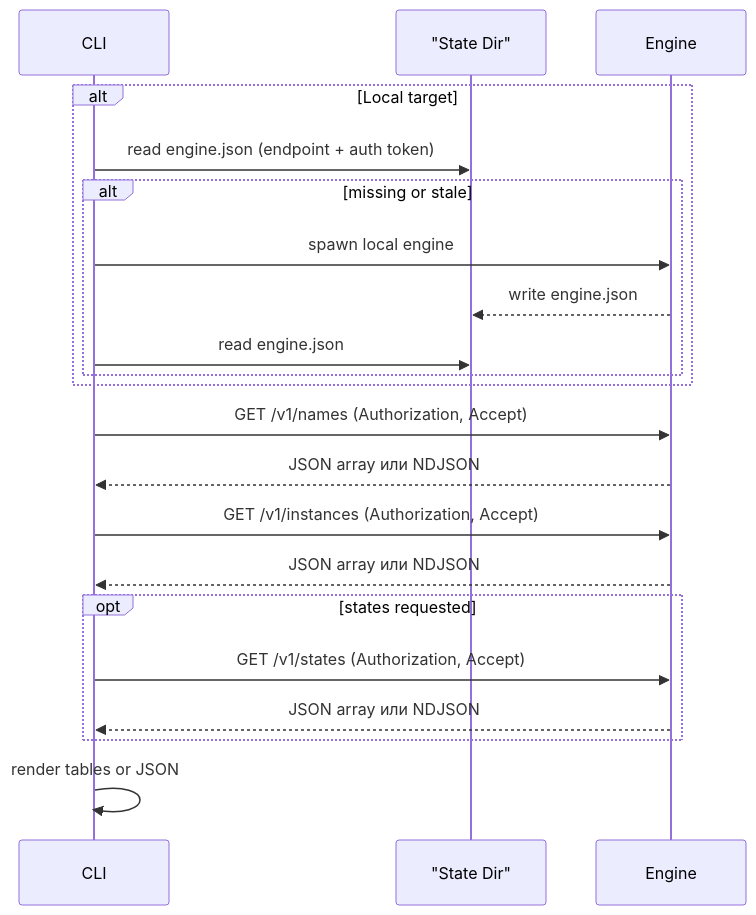
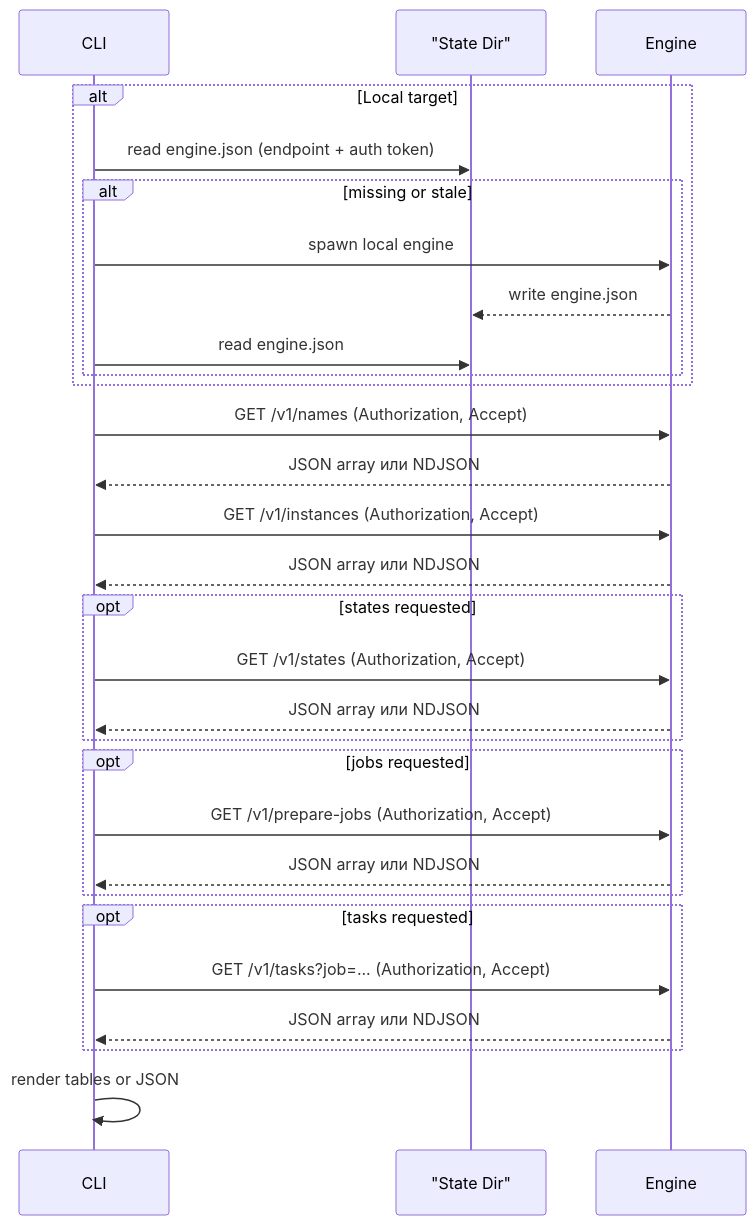
The fourth of 5 diagrams in docs/architecture/cli-architecture.RU.md (kimak-irmagi/taidon), drawn with Mermaid before and after one commit. The commit also changed other lines of this file and 5 other files, not shown here.

````diff
--- a/docs/architecture/cli-architecture.RU.md
+++ b/docs/architecture/cli-architecture.RU.md
@@ -87,25 +87,33 @@
 ```mermaid
 sequenceDiagram
   participant CLI as CLI
   participant FS as "State Dir"
   participant ENG as Engine
 
   alt Local target
     CLI->>FS: read engine.json (endpoint + auth token)
     alt missing or stale
       CLI->>ENG: spawn local engine
       ENG-->>FS: write engine.json
       CLI->>FS: read engine.json
     end
   end
 
   CLI->>ENG: GET /v1/names (Authorization, Accept)
   ENG-->>CLI: JSON array или NDJSON
   CLI->>ENG: GET /v1/instances (Authorization, Accept)
   ENG-->>CLI: JSON array или NDJSON
   opt states requested
     CLI->>ENG: GET /v1/states (Authorization, Accept)
     ENG-->>CLI: JSON array или NDJSON
   end
+  opt jobs requested
+    CLI->>ENG: GET /v1/prepare-jobs (Authorization, Accept)
+    ENG-->>CLI: JSON array или NDJSON
+  end
+  opt tasks requested
+    CLI->>ENG: GET /v1/tasks?job=... (Authorization, Accept)
+    ENG-->>CLI: JSON array или NDJSON
+  end
   CLI->>CLI: render tables or JSON
 ```
````
